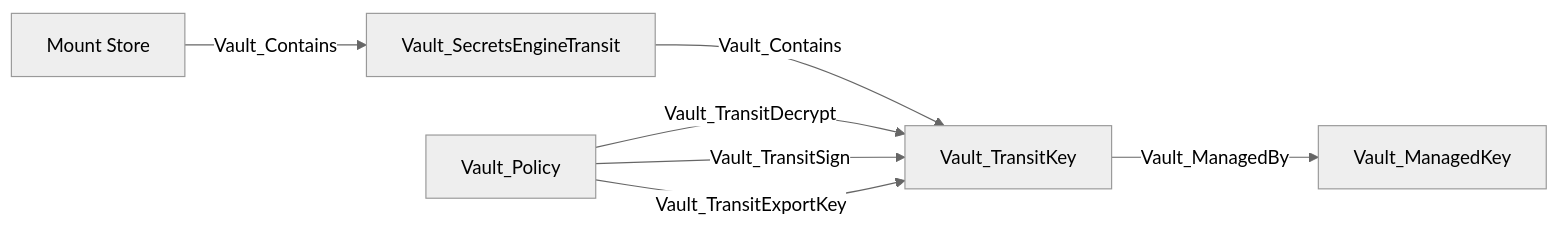
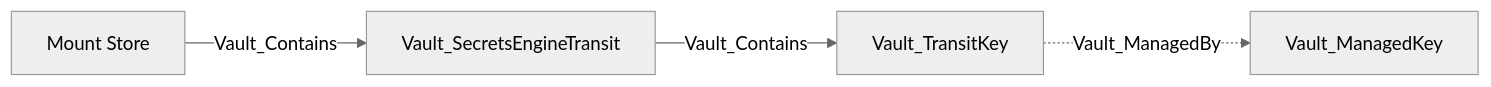
One commit to bytewreck/opengraph-vault changed diagram 28 of 29 in Documentation/stores/MOUNTS.md. Above: the diagram before and after it, drawn with Mermaid (neutral theme). The commit also changed other lines of this file and 3 other files, not shown here.

````diff
--- a/Documentation/stores/MOUNTS.md
+++ b/Documentation/stores/MOUNTS.md
@@ -495,9 +463,6 @@
 ```mermaid
 flowchart LR
     store[Mount Store] -->|Vault_Contains| mount[Vault_SecretsEngineTransit]
     mount -->|Vault_Contains| key[Vault_TransitKey]
-    key -->|Vault_ManagedBy| managed[Vault_ManagedKey]
-    policy[Vault_Policy] -->|Vault_TransitDecrypt| key
-    policy -->|Vault_TransitSign| key
-    policy -->|Vault_TransitExportKey| key
+    key -.->|Vault_ManagedBy| managed[Vault_ManagedKey]
 ```
````
